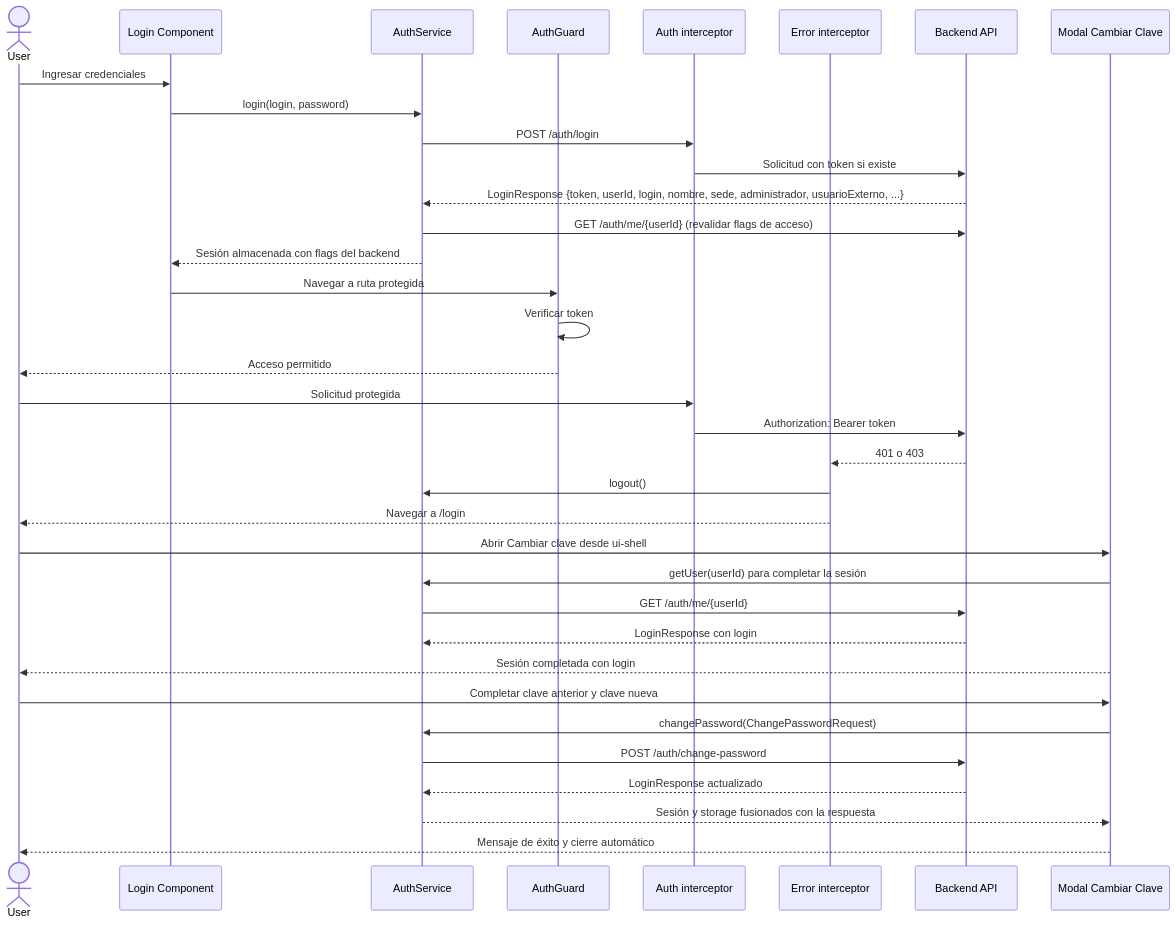
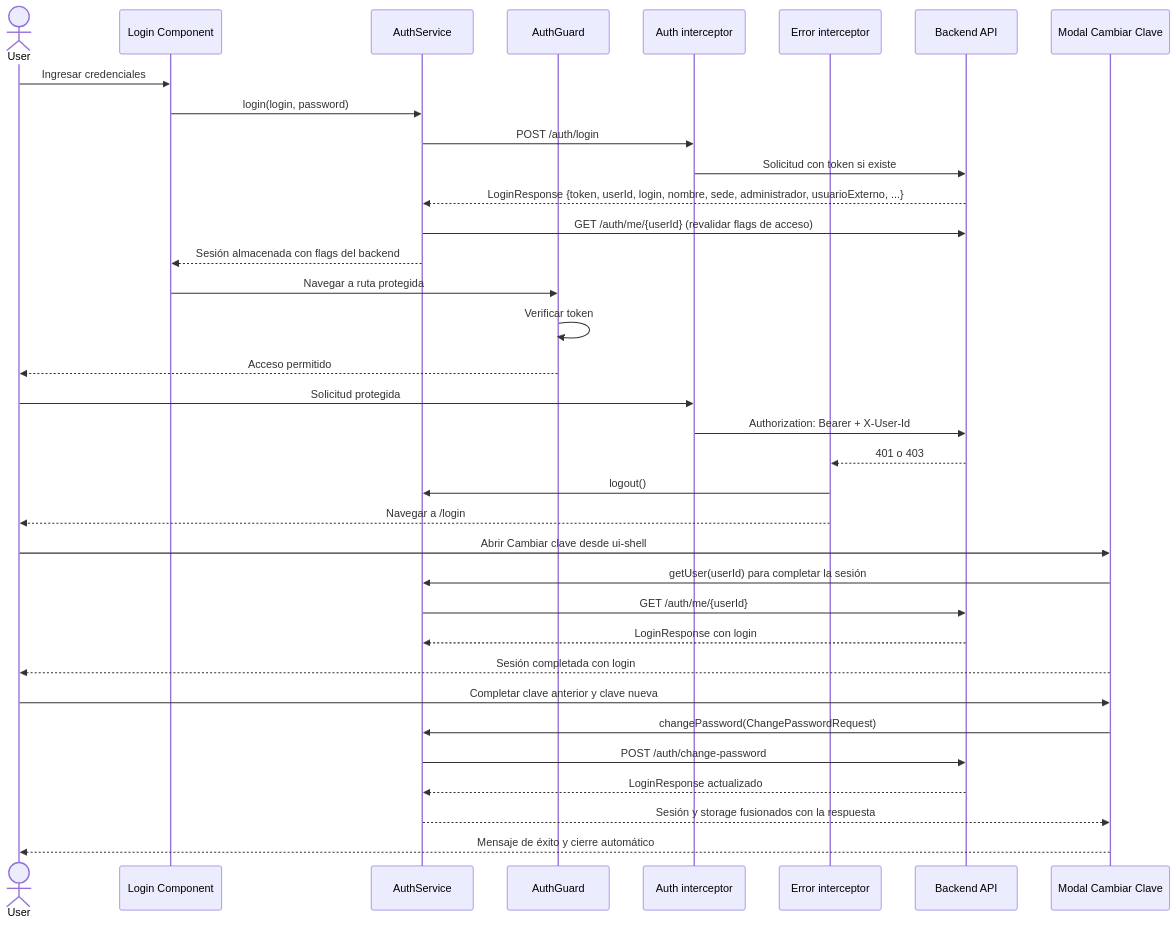
One commit to UM-services/UM.tesoreria.frontend-client changed the second of 7 diagrams in docs/architecture.md. Above: the diagram before and after it, drawn with Mermaid. The commit also changed other lines of this file and 2 other files, not shown here.

````diff
--- a/docs/architecture.md
+++ b/docs/architecture.md
@@ -83,39 +87,39 @@
 ```mermaid
 sequenceDiagram
     actor User
     participant Login as Login Component
     participant AuthService as AuthService
     participant AuthGuard as AuthGuard
     participant AuthInterceptor as Auth interceptor
     participant ErrorInterceptor as Error interceptor
     participant API as Backend API
 
     participant Cambio as Modal Cambiar Clave
 
     User->>Login: Ingresar credenciales
     Login->>AuthService: login(login, password)
     AuthService->>AuthInterceptor: POST /auth/login
     AuthInterceptor->>API: Solicitud con token si existe
     API-->>AuthService: LoginResponse {token, userId, login, nombre, sede, administrador, usuarioExterno, ...}
     AuthService->>API: GET /auth/me/{userId} (revalidar flags de acceso)
     AuthService-->>Login: Sesión almacenada con flags del backend
     Login->>AuthGuard: Navegar a ruta protegida
     AuthGuard->>AuthGuard: Verificar token
     AuthGuard-->>User: Acceso permitido
     User->>AuthInterceptor: Solicitud protegida
-    AuthInterceptor->>API: Authorization: Bearer token
+    AuthInterceptor->>API: Authorization: Bearer + X-User-Id
     API-->>ErrorInterceptor: 401 o 403
     ErrorInterceptor->>AuthService: logout()
     ErrorInterceptor-->>User: Navegar a /login
     User->>Cambio: Abrir Cambiar clave desde ui-shell
     Cambio->>AuthService: getUser(userId) para completar la sesión
     AuthService->>API: GET /auth/me/{userId}
     API-->>AuthService: LoginResponse con login
     Cambio-->>User: Sesión completada con login
     User->>Cambio: Completar clave anterior y clave nueva
     Cambio->>AuthService: changePassword(ChangePasswordRequest)
     AuthService->>API: POST /auth/change-password
     API-->>AuthService: LoginResponse actualizado
     AuthService-->>Cambio: Sesión y storage fusionados con la respuesta
     Cambio-->>User: Mensaje de éxito y cierre automático
 ```
````
